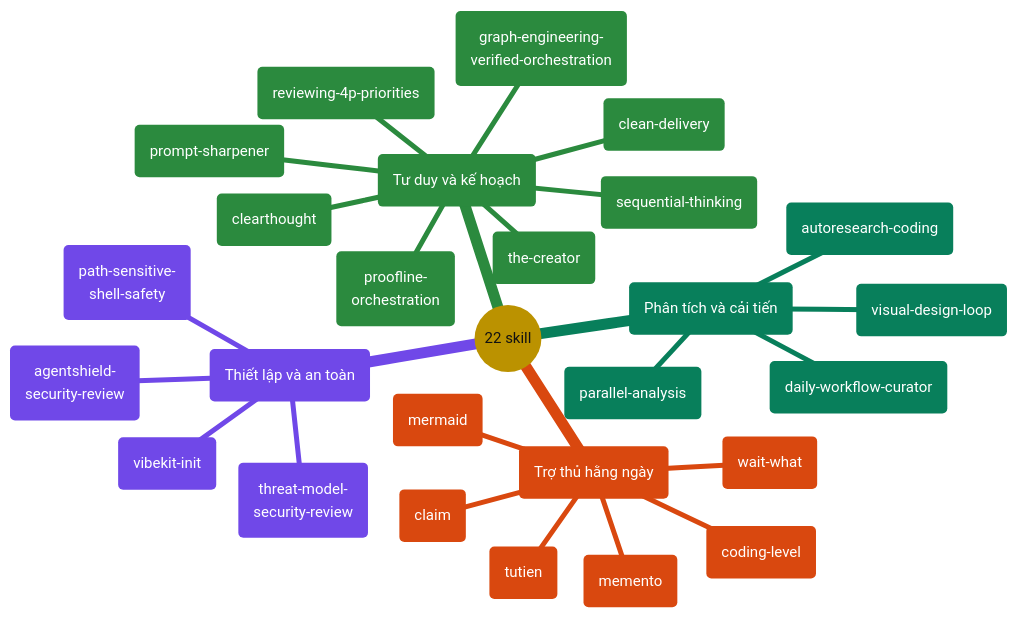
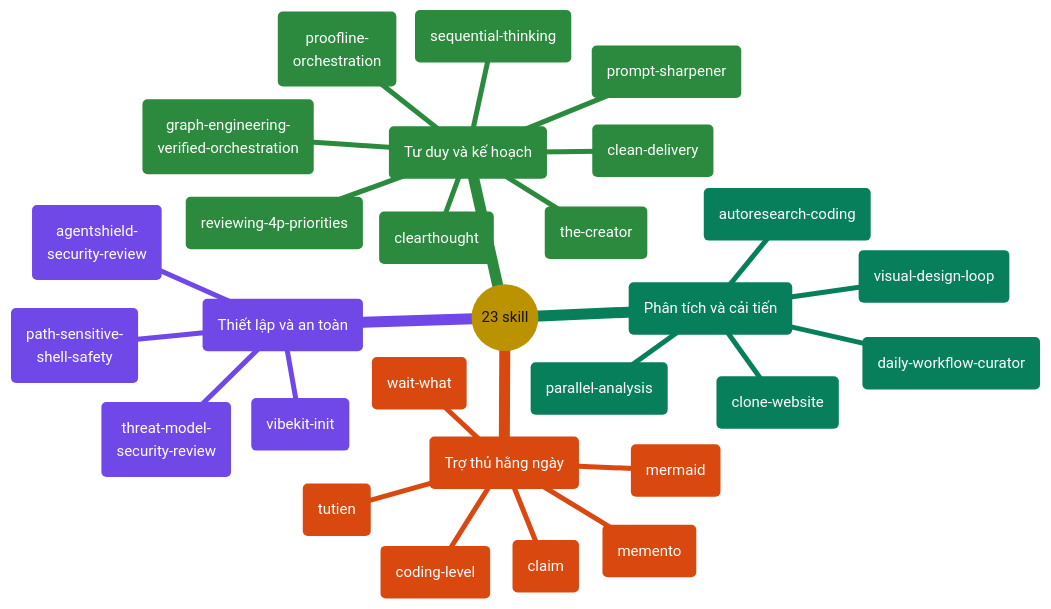
The fifth of 10 diagrams in docs/README.vi.md (giang6283623/minimal-vibe-coding-kit), drawn with Mermaid before and after one commit. The commit also changed other lines of this file and 90 other files, not shown here.

Commit message:
add skill clone-website and release v0.5.11

````diff
--- a/docs/README.vi.md
+++ b/docs/README.vi.md
@@ -358,63 +360,64 @@
 ```mermaid
 ---
 config:
   theme: base
   themeCSS: >-
     .mindmap-node:not(.section-root):not(.section--1) text,
     .mindmap-node:not(.section-root):not(.section--1) tspan
     { fill: #FFFFFF !important; }
     .mindmap-node:not(.section-root):not(.section--1) div,
     .mindmap-node:not(.section-root):not(.section--1) span,
     .mindmap-node:not(.section-root):not(.section--1) p
     { color: #FFFFFF !important; }
   themeVariables:
     darkMode: false
     fontFamily: cascadia mono, consolas, noto sans mono, menlo, monospace
     fontSize: 15px
     lineColor: "#888888"
     textColor: "#111111"
     primaryColor: "#FFD43B"
     primaryTextColor: "#111111"
     primaryBorderColor: "#444444"
     cScale0: "#1971C2"
     cScale1: "#7048E8"
     cScale2: "#2B8A3E"
     cScale3: "#087F5B"
     cScale4: "#D9480F"
     cScale5: "#C2255C"
     cScaleLabel0: "#FFFFFF"
     cScaleLabel1: "#FFFFFF"
     cScaleLabel2: "#FFFFFF"
     cScaleLabel3: "#FFFFFF"
     cScaleLabel4: "#FFFFFF"
     cScaleLabel5: "#FFFFFF"
 ---
 mindmap
-  root(("22 skill"))
+  root(("23 skill"))
     setup("Thiết lập và an toàn")
       s1("vibekit-init")
       s2("agentshield-<br/>security-review")
       s3("path-sensitive-<br/>shell-safety")
       s4("threat-model-<br/>security-review")
     think("Tư duy và kế hoạch")
       t1("clearthought")
       t2("sequential-thinking")
       t3("prompt-sharpener")
       t4("reviewing-4p-priorities")
       t5("graph-engineering-<br/>verified-orchestration")
       t6("the-creator")
       t7("proofline-<br/>orchestration")
       t8("clean-delivery")
     analyze("Phân tích và cải tiến")
       a1("parallel-analysis")
       a2("autoresearch-coding")
       a3("daily-workflow-curator")
       a4("visual-design-loop")
+      a5("clone-website")
     helpers("Trợ thủ hằng ngày")
       h1("memento")
       h2("coding-level")
       h3("mermaid")
       h4("claim")
       h5("tutien")
       h6("wait-what")
 ```
````
